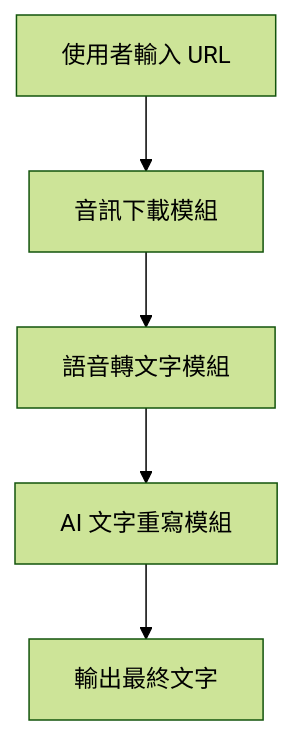
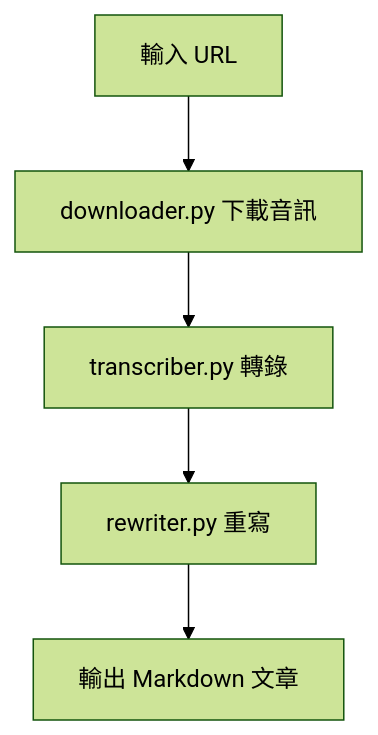
The diagram in PROJECT_SUMMARY.md (etklam/project-whisper), drawn with Mermaid (forest theme) before and after one commit. The commit also changed other lines of this file and 11 other files, not shown here.

````diff
--- a/PROJECT_SUMMARY.md
+++ b/PROJECT_SUMMARY.md
@@ -14,7 +13,7 @@
 ```mermaid
 graph TD
-    A[使用者輸入 URL] --> B[音訊下載模組]
-    B --> C[語音轉文字模組]
-    C --> D[AI 文字重寫模組]
-    D --> E[輸出最終文字]
+    A[輸入 URL] --> B[downloader.py 下載音訊]
+    B --> C[transcriber.py 轉錄]
+    C --> D[rewriter.py 重寫]
+    D --> E[輸出 Markdown 文章]
 ```
````
